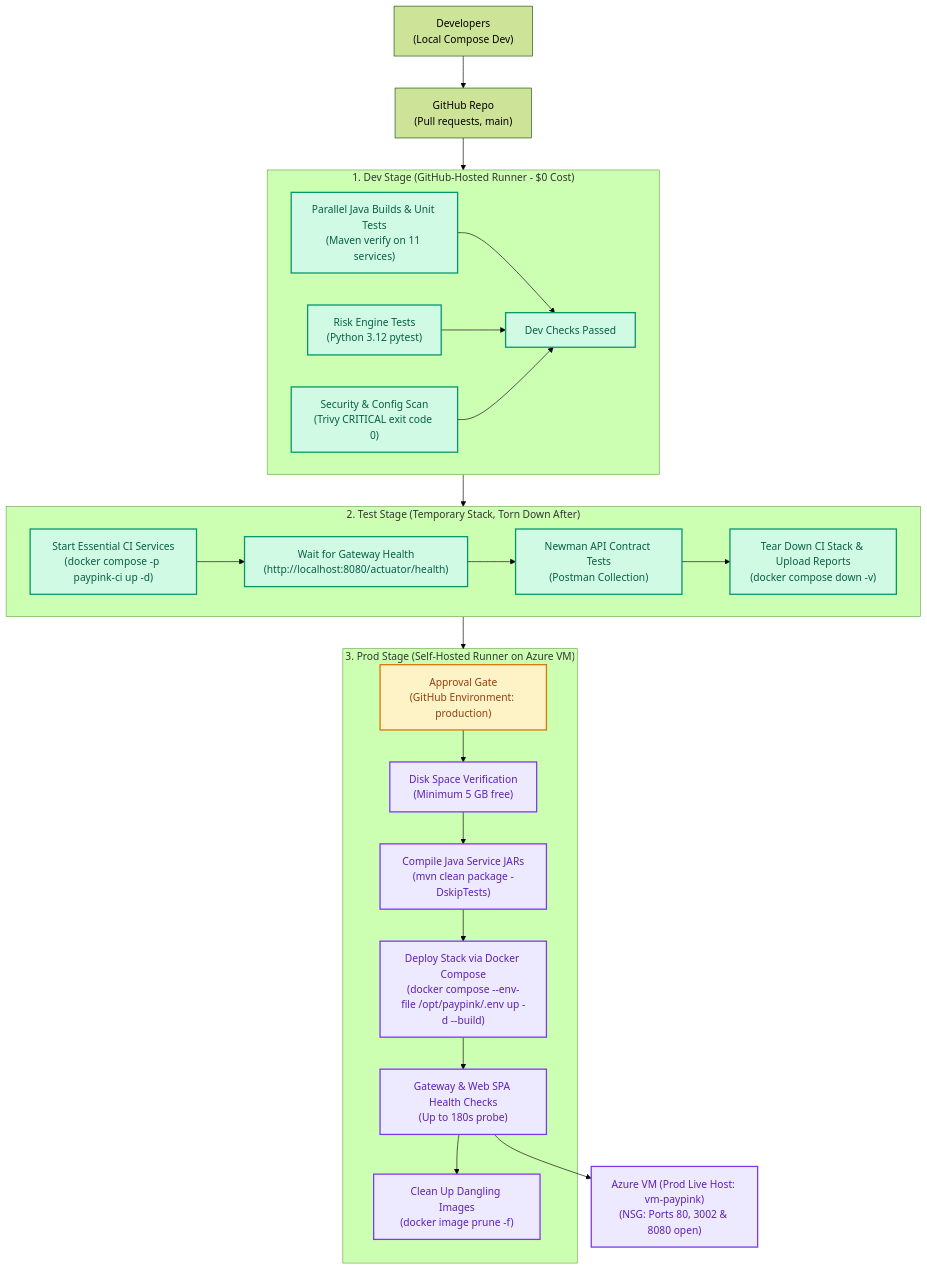
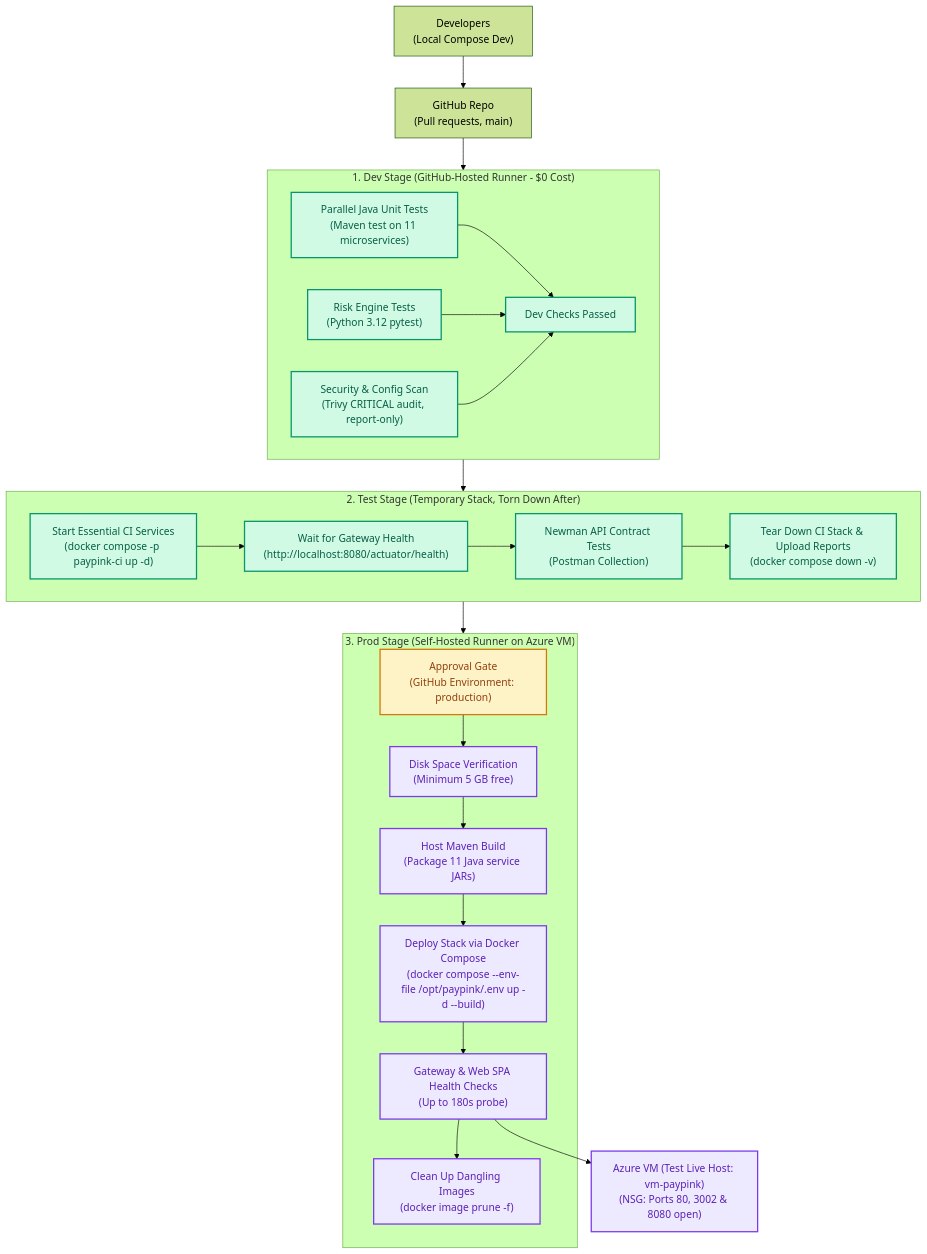
One commit to TechStart-Integration-Capstone/Integrated-Capstone changed the second of 2 diagrams in docs/AZURE_DEPLOYMENT_GUIDE.md. Above: the diagram before and after it, drawn with Mermaid (forest theme). The commit also changed other lines of this file and 2 other files, not shown here.

Commit message:
docs: align AZURE_DEPLOYMENT_GUIDE and verify-ports script with all 15 audit points

````diff
--- a/docs/AZURE_DEPLOYMENT_GUIDE.md
+++ b/docs/AZURE_DEPLOYMENT_GUIDE.md
@@ -86,46 +99,46 @@
 ```mermaid
 flowchart TD
     Devs["Developers\n(Local Compose Dev)"] --> Repo["GitHub Repo\n(Pull requests, main)"]
     Repo --> S1
 
     subgraph S1["1. Dev Stage (GitHub-Hosted Runner - $0 Cost)"]
-        S1_Build["Parallel Java Builds & Unit Tests\n(Maven verify on 11 services)"]
+        S1_Build["Parallel Java Unit Tests\n(Maven test on 11 microservices)"]
         S1_Pytest["Risk Engine Tests\n(Python 3.12 pytest)"]
-        S1_Trivy["Security & Config Scan\n(Trivy CRITICAL exit code 0)"]
+        S1_Trivy["Security & Config Scan\n(Trivy CRITICAL audit, report-only)"]
         S1_Build --> S1_Unit_Done["Dev Checks Passed"]
         S1_Pytest --> S1_Unit_Done
         S1_Trivy --> S1_Unit_Done
     end
 
     S1 --> S2
 
     subgraph S2["2. Test Stage (Temporary Stack, Torn Down After)"]
         S2_Up["Start Essential CI Services\n(docker compose -p paypink-ci up -d)"]
         S2_Health["Wait for Gateway Health\n(http://localhost:8080/actuator/health)"]
         S2_Contract["Newman API Contract Tests\n(Postman Collection)"]
         S2_Teardown["Tear Down CI Stack & Upload Reports\n(docker compose down -v)"]
         S2_Up --> S2_Health --> S2_Contract --> S2_Teardown
     end
 
     S2 --> S3
 
     subgraph S3["3. Prod Stage (Self-Hosted Runner on Azure VM)"]
         S3_Gate["Approval Gate\n(GitHub Environment: production)"]
         S3_Disk["Disk Space Verification\n(Minimum 5 GB free)"]
-        S3_Compile["Compile Java Service JARs\n(mvn clean package -DskipTests)"]
+        S3_Compile["Host Maven Build\n(Package 11 Java service JARs)"]
         S3_Deploy["Deploy Stack via Docker Compose\n(docker compose --env-file /opt/paypink/.env up -d --build)"]
         S3_Health["Gateway & Web SPA Health Checks\n(Up to 180s probe)"]
         S3_Prune["Clean Up Dangling Images\n(docker image prune -f)"]
         S3_Gate --> S3_Disk --> S3_Compile --> S3_Deploy --> S3_Health --> S3_Prune
     end
 
-    S3_Health --> AzureVM["Azure VM (Prod Live Host: vm-paypink)\n(NSG: Ports 80, 3002 & 8080 open)"]
+    S3_Health --> AzureVM["Azure VM (Test Live Host: vm-paypink)\n(NSG: Ports 80, 3002 & 8080 open)"]
 
     classDef auto fill:#d1fae5,stroke:#059669,stroke-width:2px,color:#065f46;
     classDef manual fill:#fef3c7,stroke:#d97706,stroke-width:2px,color:#92400e;
     classDef prod fill:#ede9fe,stroke:#7c3aed,stroke-width:2px,color:#5b21b6;
 
     class S1_Build,S1_Pytest,S1_Trivy,S1_Unit_Done,S2_Up,S2_Health,S2_Contract,S2_Teardown auto;
     class S3_Gate manual;
     class S3_Disk,S3_Compile,S3_Deploy,S3_Health,S3_Prune,AzureVM prod;
 ```
````
